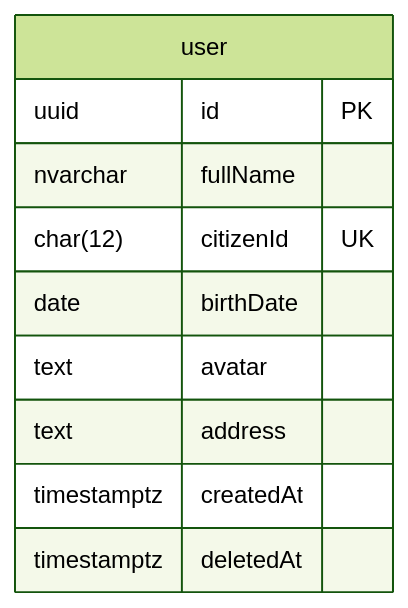
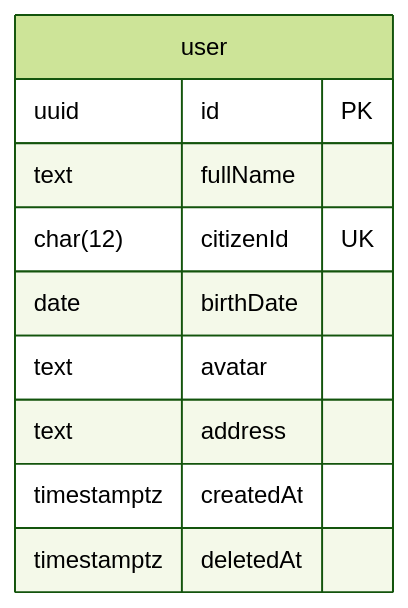
Before and after one commit to coinhub-uit/coinhub-uit.github.io: the diagram in docs/diagrams/database/user-management.md, drawn with Mermaid (forest theme). The commit also changed 4 other files, not shown here.

````diff
--- a/docs/diagrams/database/user-management.md
+++ b/docs/diagrams/database/user-management.md
@@ -11,13 +11,13 @@
 ```mermaid
 erDiagram
   user {
     uuid id PK
-    nvarchar fullName
+    text fullName
     char(12) citizenId UK
     date birthDate
     text avatar
     text address
     timestamptz createdAt
     timestamptz deletedAt
   }
 ```
````
